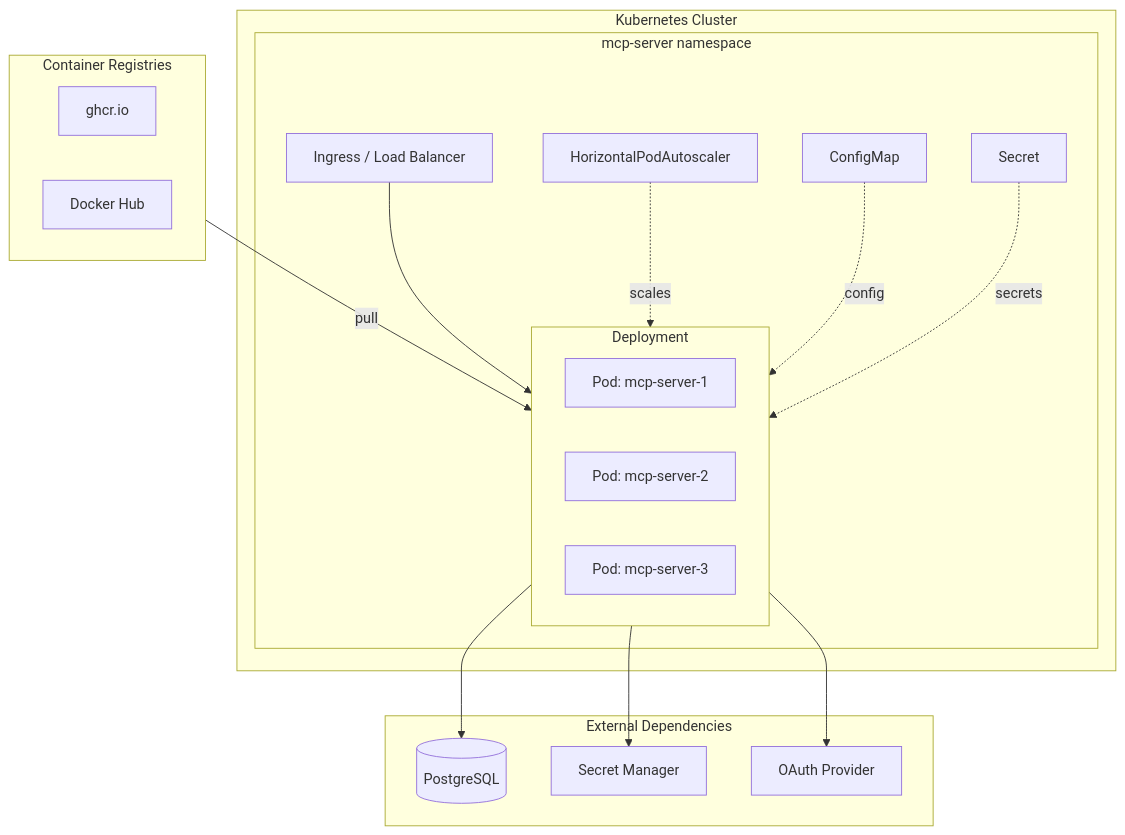
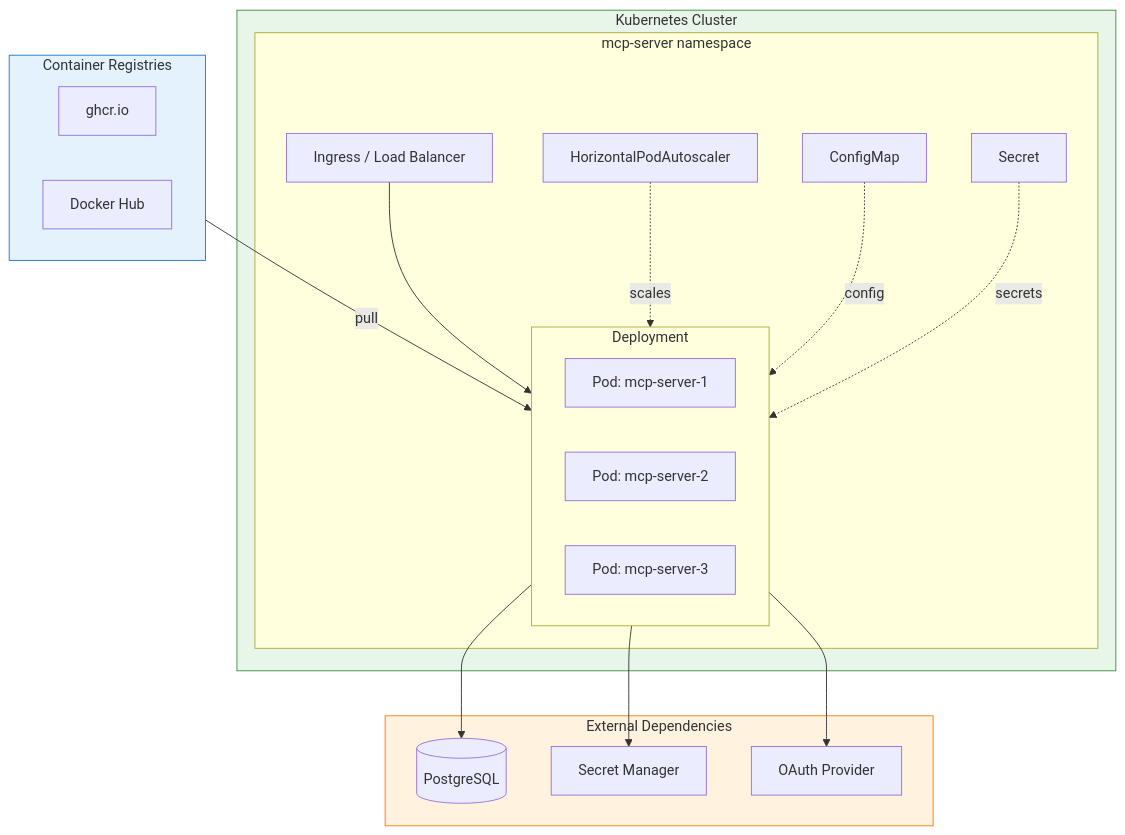
One commit to markbsigler/MCP_Architecture changed the seventh of 12 diagrams in docs/IEEE-42010/AD.md. Above: the diagram before and after it, drawn with Mermaid. The commit also changed other lines of this file and 4 other files, not shown here.

First line of the commit message:
Phase 2: Enhance diagram quality and establish standards

````diff
--- a/docs/IEEE-42010/AD.md
+++ b/docs/IEEE-42010/AD.md
@@ -547,38 +547,42 @@
 ```mermaid
 flowchart TB
     subgraph Registry["Container Registries"]
         GHCR[ghcr.io]
         DHB[Docker Hub]
     end
 
     subgraph K8s["Kubernetes Cluster"]
         subgraph NS["mcp-server namespace"]
             ING[Ingress / Load Balancer]
             
             subgraph Deploy["Deployment"]
                 P1[Pod: mcp-server-1]
                 P2[Pod: mcp-server-2]
                 P3[Pod: mcp-server-3]
             end
             
             CM[ConfigMap]
             SEC[Secret]
             HPA[HorizontalPodAutoscaler]
         end
     end
 
     subgraph External["External Dependencies"]
         DB[(PostgreSQL)]
         VAULT[Secret Manager]
         AUTH[OAuth Provider]
     end
 
     Registry -->|pull| Deploy
     ING --> Deploy
     Deploy --> DB
     Deploy --> VAULT
     Deploy --> AUTH
     HPA -.->|scales| Deploy
     CM -.->|config| Deploy
     SEC -.->|secrets| Deploy
+    
+    style Registry fill:#e3f2fd,stroke:#1976d2
+    style K8s fill:#e8f5e9,stroke:#388e3c
+    style External fill:#fff3e0,stroke:#f57c00
 ```
````
